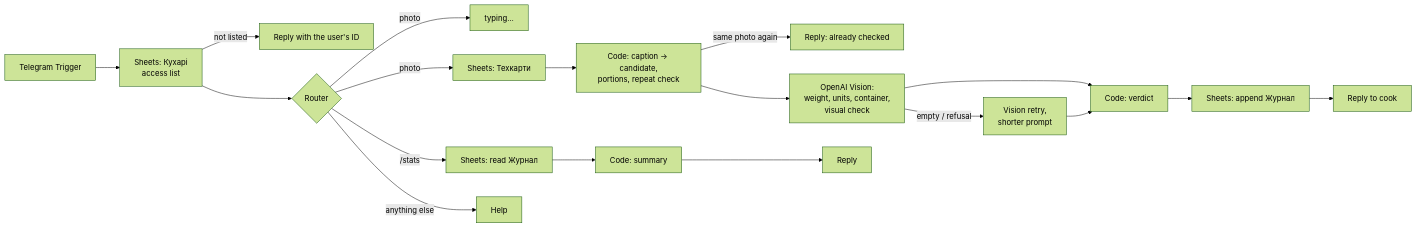
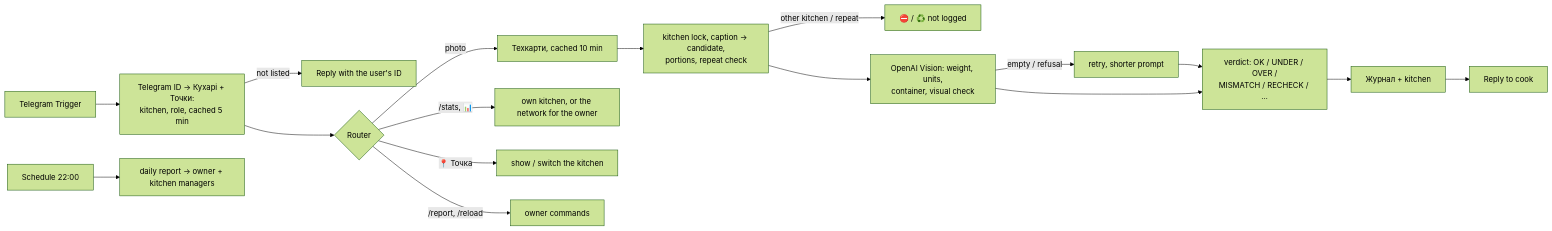
Before and after one commit to deronmose/sushi-qc-bot: the diagram in README.md, drawn with Mermaid (forest theme). The commit also changed other lines of this file and 27 other files, not shown here.

First line of the commit message:
v4: a network of four kitchens, one recipe card set, kitchen lock

````diff
--- a/README.md
+++ b/README.md
@@ -16,17 +32,16 @@
 ```mermaid
 flowchart LR
-  TG[Telegram Trigger] --> K[Sheets: Кухарі<br/>access list]
+  TG[Telegram Trigger] --> K[Telegram ID → Кухарі + Точки:<br/>kitchen, role, cached 5 min]
   K -- not listed --> NA[Reply with the user's ID]
   K --> R{Router}
-  R -- photo --> T[typing…]
-  R -- photo --> TC[Sheets: Техкарти]
-  TC --> M[Code: caption → candidate,<br/>portions, repeat check]
-  M -- same photo again --> DUP[Reply: already checked]
-  M --> V[OpenAI Vision:<br/>weight, units, container,<br/>visual check]
-  V -- empty / refusal --> V2[Vision retry,<br/>shorter prompt]
-  V --> D[Code: verdict]
-  V2 --> D
-  D --> J[Sheets: append Журнал] --> A[Reply to cook]
-  R -- /stats --> JR[Sheets: read Журнал] --> S[Code: summary] --> AS[Reply]
-  R -- anything else --> H[Help]
+  R -- photo --> TC[Техкарти, cached 10 min] --> M[kitchen lock, caption → candidate,<br/>portions, repeat check]
+  M -- other kitchen / repeat --> NL[⛔ / ♻️ not logged]
+  M --> V[OpenAI Vision: weight, units,<br/>container, visual check]
+  V -- empty / refusal --> V2[retry, shorter prompt] --> D
+  V --> D[verdict: OK / UNDER / OVER /<br/>MISMATCH / RECHECK / …]
+  D --> J[Журнал + kitchen] --> A[Reply to cook]
+  R -- /stats, 📊 --> S[own kitchen, or the network for the owner]
+  R -- 📍 Точка --> P[show / switch the kitchen]
+  R -- /report, /reload --> O[owner commands]
+  CR[Schedule 22:00] --> DR[daily report → owner + kitchen managers]
 ```
````
